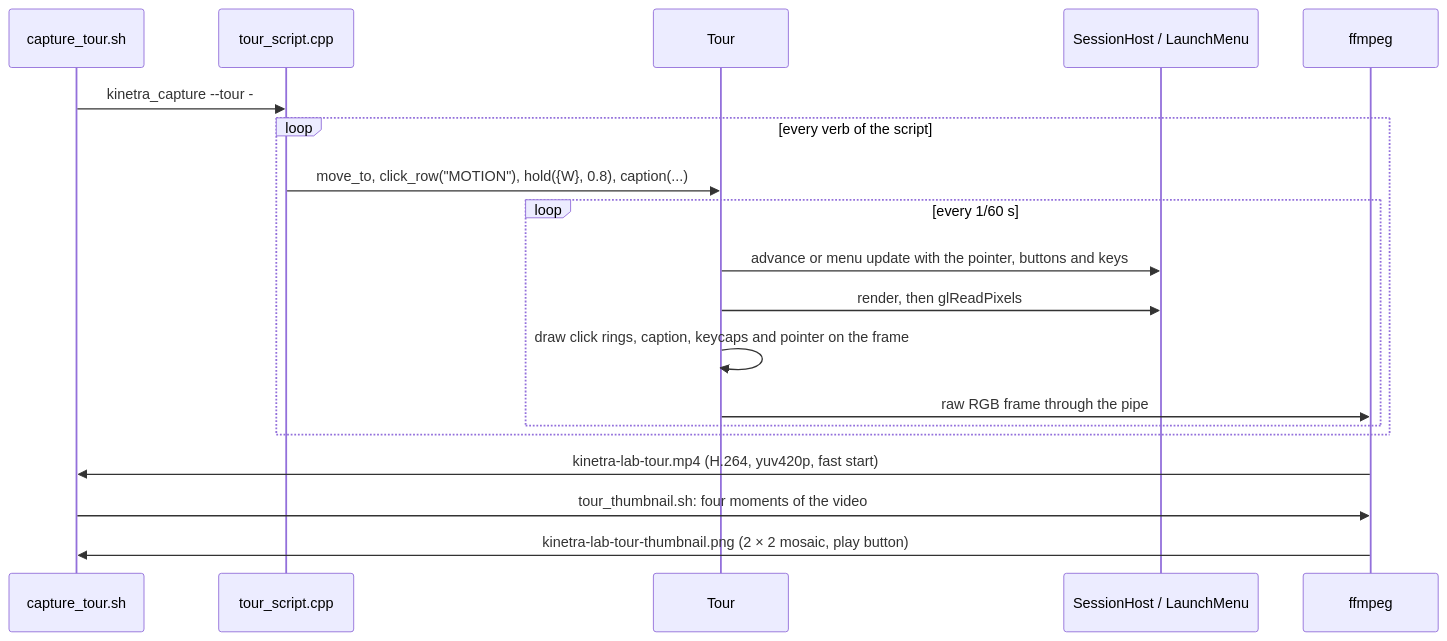
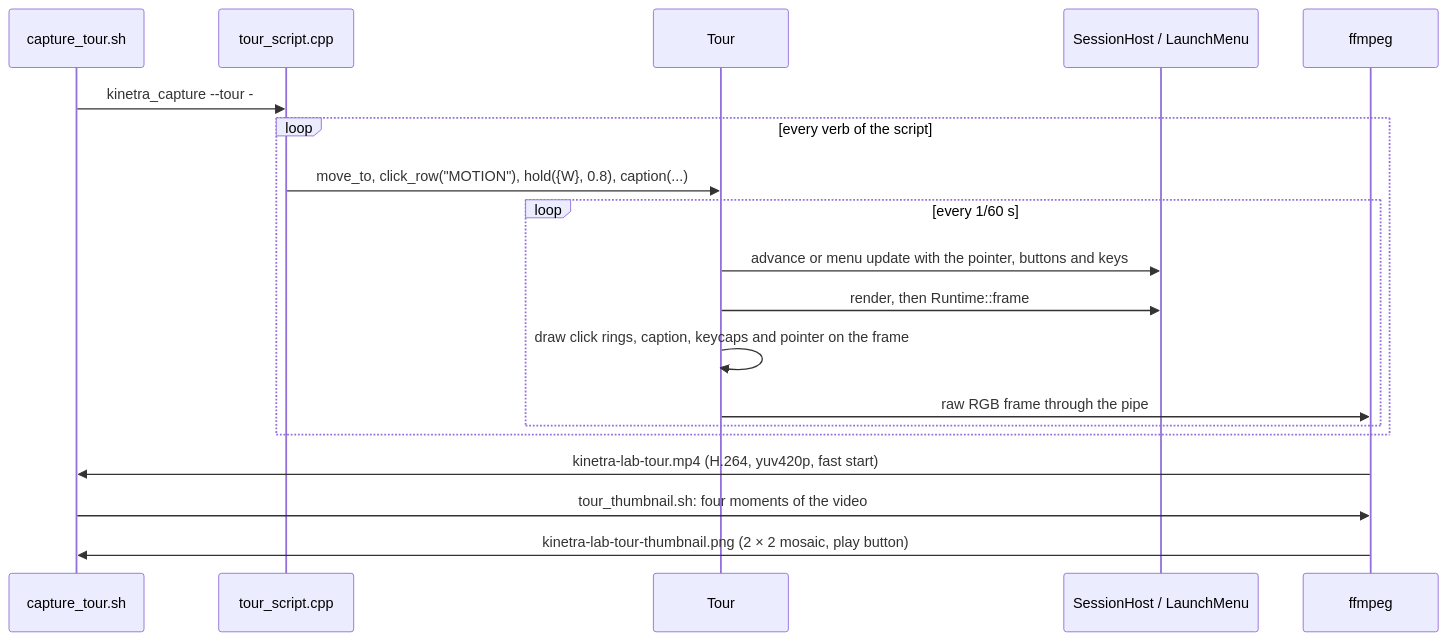
One commit to SMB-M87/Kinetra-Lab changed the third of 3 diagrams in tools/capture/README.md. Above: the diagram before and after it, drawn with Mermaid. The commit also changed other lines of this file and 6 other files, not shown here.

First line of the commit message:
refactor(capture): read frames through Kinetra's frame read-back

````diff
--- a/tools/capture/README.md
+++ b/tools/capture/README.md
@@ -133,21 +133,21 @@
 ```mermaid
 sequenceDiagram
     participant Sh as capture_tour.sh
     participant Sc as tour_script.cpp
     participant T as Tour
     participant H as SessionHost / LaunchMenu
     participant F as ffmpeg
     Sh->>Sc: kinetra_capture --tour -
     loop every verb of the script
         Sc->>T: move_to, click_row("MOTION"), hold({W}, 0.8), caption(...)
         loop every 1/60 s
             T->>H: advance or menu update with the pointer, buttons and keys
-            T->>H: render, then glReadPixels
+            T->>H: render, then Runtime::frame
             T->>T: draw click rings, caption, keycaps and pointer on the frame
             T->>F: raw RGB frame through the pipe
         end
     end
     F->>Sh: kinetra-lab-tour.mp4 (H.264, yuv420p, fast start)
     Sh->>F: tour_thumbnail.sh: four moments of the video
     F->>Sh: kinetra-lab-tour-thumbnail.png (2 × 2 mosaic, play button)
 ```
````
